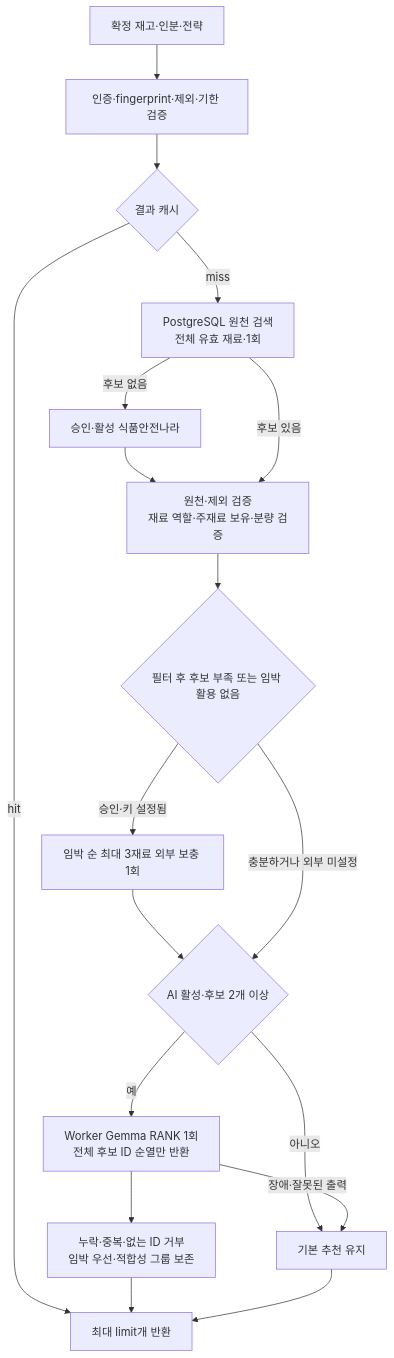
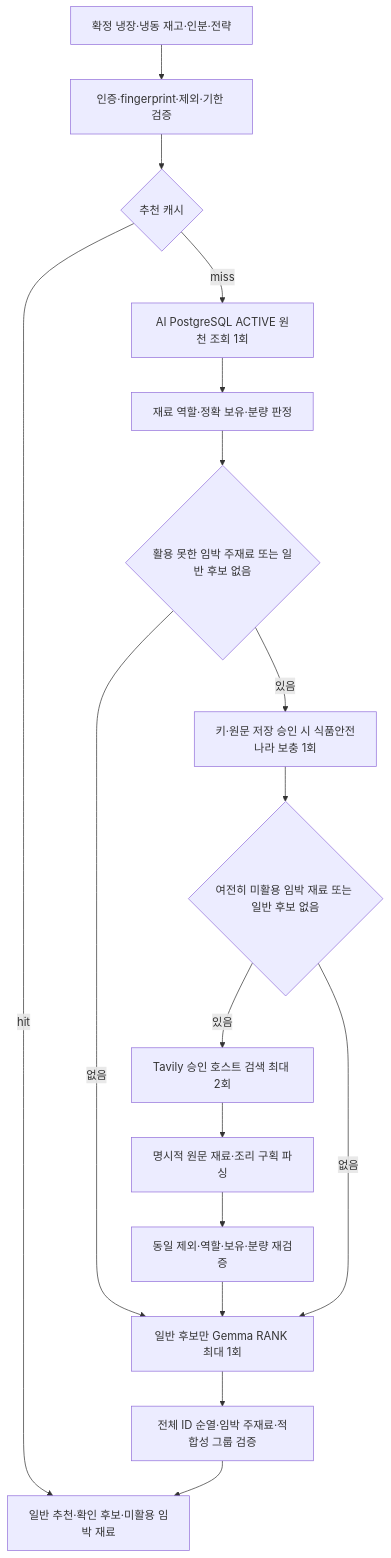
Before and after one commit to 100-hours-a-week/KTB4-5th-AI: the diagram in fastapi/docs/recipe_ai_recommendations.md, drawn with Mermaid. The commit also changed other lines of this file and 15 other files, not shown here.

````diff
--- a/fastapi/docs/recipe_ai_recommendations.md
+++ b/fastapi/docs/recipe_ai_recommendations.md
@@ -7,20 +9,19 @@
 ```mermaid
 flowchart TD
-    BE[확정 재고·인분·전략] --> V[인증·fingerprint·제외·기한 검증]
-    V --> C{결과 캐시}
-    C -- hit --> OUT[최대 limit개 반환]
-    C -- miss --> DB[PostgreSQL 원천 검색<br/>전체 유효 재료·1회]
-    DB -- 후보 없음 --> SOURCE[승인·활성 식품안전나라]
-    SOURCE --> Q[원천·제외 검증<br/>재료 역할·주재료 보유·분량 검증]
-    DB -- 후보 있음 --> Q
-    Q --> FILL{필터 후 후보 부족 또는 임박 활용 없음}
-    FILL -- 승인·키 설정됨 --> MORE[임박 순 최대 3재료 외부 보충 1회]
-    MORE --> NEED{AI 활성·후보 2개 이상}
-    FILL -- 충분하거나 외부 미설정 --> NEED
-    NEED -- 아니오 --> BASE[기본 추천 유지]
-    NEED -- 예 --> A[Worker Gemma RANK 1회<br/>전체 후보 ID 순열만 반환]
-    A --> CHECK[누락·중복·없는 ID 거부<br/>임박 우선·적합성 그룹 보존]
-    A -- 장애·잘못된 출력 --> BASE
-    CHECK --> OUT
-    BASE --> OUT
+    INPUT[확정 냉장·냉동 재고·인분·전략] --> VALID[인증·fingerprint·제외·기한 검증]
+    VALID --> CACHE{추천 캐시}
+    CACHE -- hit --> OUT[일반 추천·확인 후보·미활용 임박 재료]
+    CACHE -- miss --> DB[AI PostgreSQL ACTIVE 원천 조회 1회]
+    DB --> CHECK[재료 역할·정확 보유·분량 판정]
+    CHECK --> GAP{활용 못한 임박 주재료 또는 일반 후보 없음}
+    GAP -- 없음 --> RANK[일반 후보만 Gemma RANK 최대 1회]
+    GAP -- 있음 --> FS[키·원문 저장 승인 시 식품안전나라 보충 1회]
+    FS --> AGAIN{여전히 미활용 임박 재료 또는 일반 후보 없음}
+    AGAIN -- 있음 --> WEB[Tavily 승인 호스트 검색 최대 2회]
+    WEB --> PARSE[명시적 원문 재료·조리 구획 파싱]
+    PARSE --> RECHECK[동일 제외·역할·보유·분량 재검증]
+    RECHECK --> RANK
+    AGAIN -- 없음 --> RANK
+    RANK --> GUARD[전체 ID 순열·임박 주재료·적합성 그룹 검증]
+    GUARD --> OUT
 ```
````
